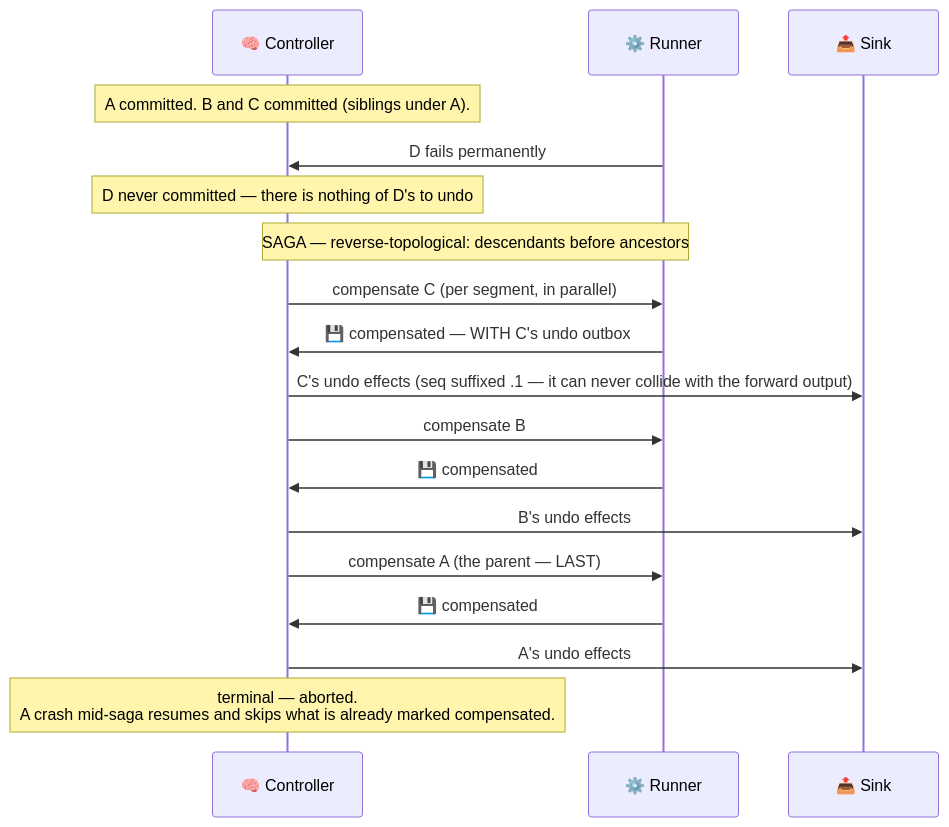
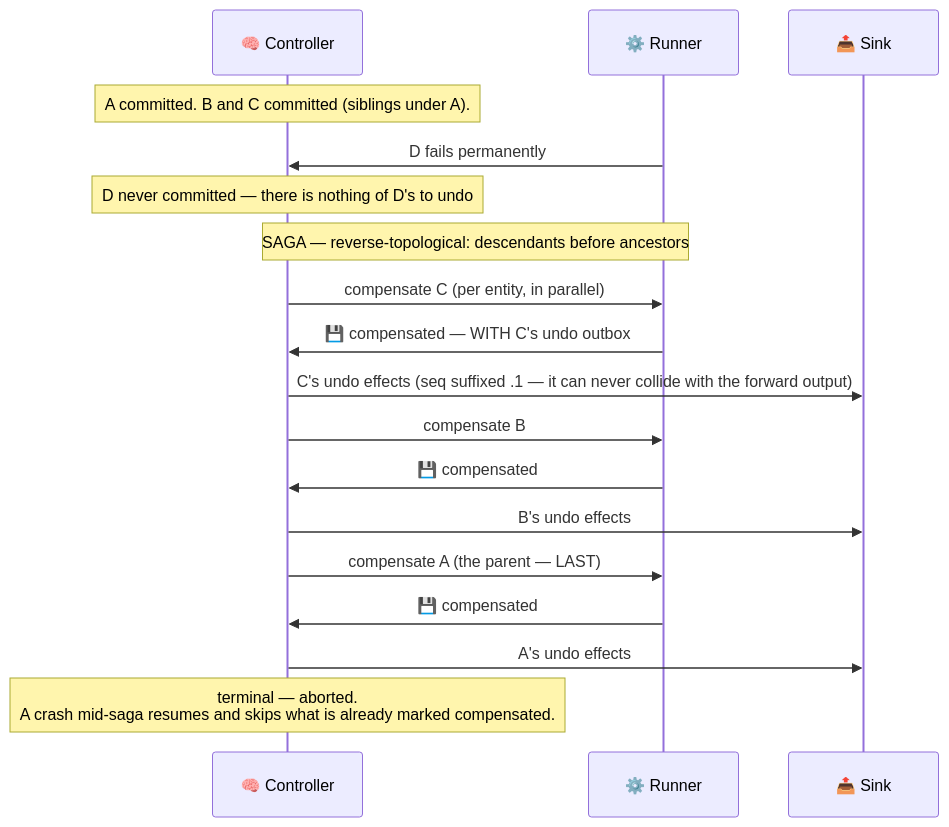
The fifth of 8 diagrams in docs/architecture/bounded_profile.md (Flezha/flezha), drawn with Mermaid before and after one commit. The commit also changed other lines of this file and 658 other files, not shown here.

````diff
--- a/docs/architecture/bounded_profile.md
+++ b/docs/architecture/bounded_profile.md
@@ -229,22 +229,22 @@
 ```mermaid
 sequenceDiagram
     participant CTRL as 🧠 Controller
     participant EX as ⚙️ Runner
     participant SINK as 📤 Sink
 
     Note over CTRL: A committed. B and C committed (siblings under A).
     EX->>CTRL: D fails permanently
     Note over CTRL: D never committed — there is nothing of D's to undo
 
     Note over CTRL,EX: SAGA — reverse-topological: descendants before ancestors
-    CTRL->>EX: compensate C (per segment, in parallel)
+    CTRL->>EX: compensate C (per entity, in parallel)
     EX->>CTRL: 💾 compensated — WITH C's undo outbox
     CTRL->>SINK: C's undo effects (seq suffixed .1 — it can never collide with the forward output)
     CTRL->>EX: compensate B
     EX->>CTRL: 💾 compensated
     CTRL->>SINK: B's undo effects
     CTRL->>EX: compensate A (the parent — LAST)
     EX->>CTRL: 💾 compensated
     CTRL->>SINK: A's undo effects
     Note over CTRL: terminal — aborted.<br/>A crash mid-saga resumes and skips what is already marked compensated.
 ```
````
